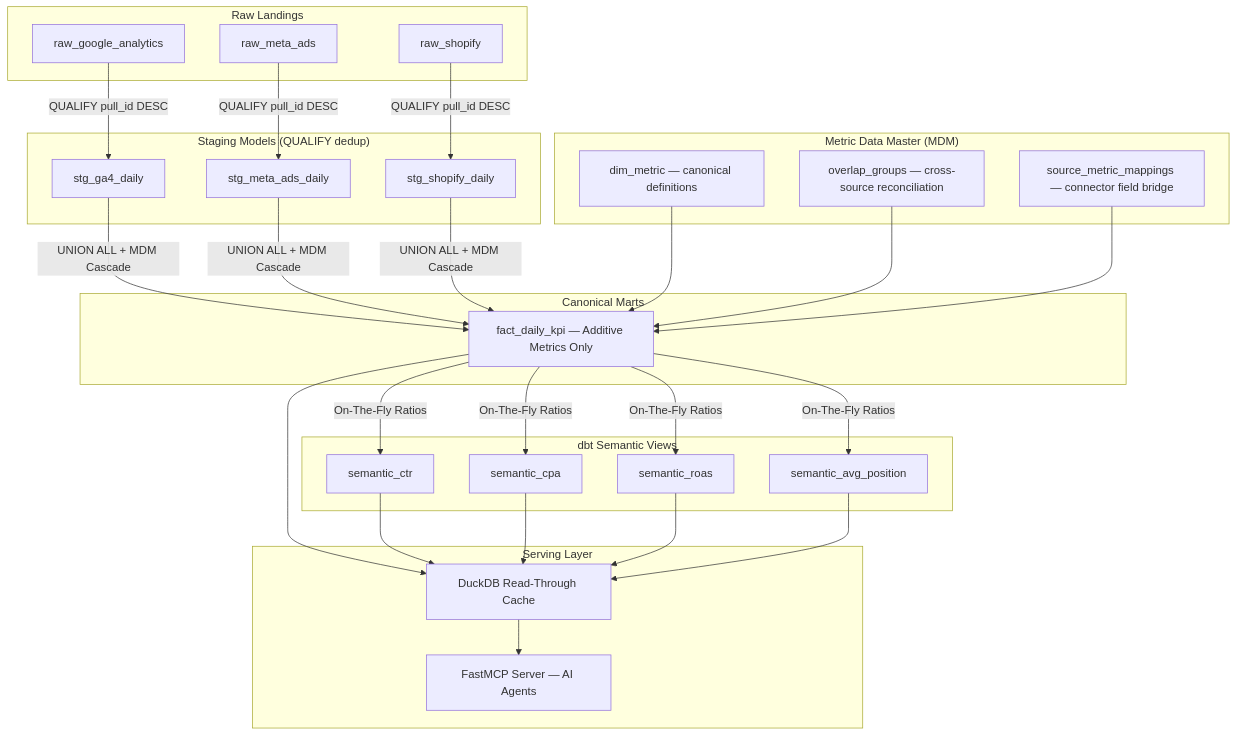
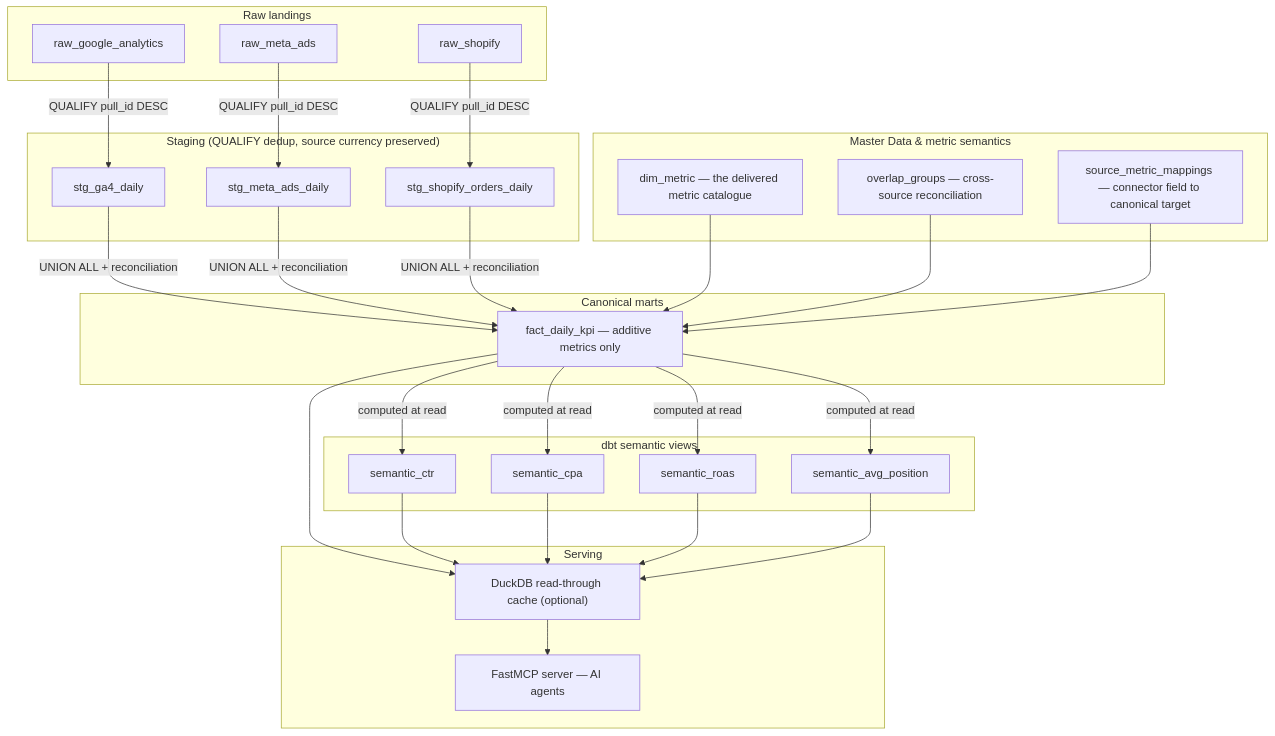
Before and after one commit to Toorow/Toorow: the diagram in docs/semantic-layer.mdx, drawn with Mermaid. The commit also changed other lines of this file and 3605 other files, not shown here.

````diff
--- a/docs/semantic-layer.mdx
+++ b/docs/semantic-layer.mdx
@@ -14,48 +16,48 @@
 ```mermaid
 flowchart TD
-    subgraph raw["Raw Landings"]
+    subgraph raw["Raw landings"]
         A1["raw_google_analytics"]
         A2["raw_meta_ads"]
         A3["raw_shopify"]
     end
 
-    subgraph staging["Staging Models (QUALIFY dedup)"]
+    subgraph staging["Staging (QUALIFY dedup, source currency preserved)"]
         B1["stg_ga4_daily"]
         B2["stg_meta_ads_daily"]
-        B3["stg_shopify_daily"]
+        B3["stg_shopify_orders_daily"]
     end
 
-    subgraph mdm["Metric Data Master (MDM)"]
-        C0["dim_metric — canonical definitions"]
+    subgraph mdm["Master Data & metric semantics"]
+        C0["dim_metric — the delivered metric catalogue"]
         C1["overlap_groups — cross-source reconciliation"]
-        C2["source_metric_mappings — connector field bridge"]
+        C2["source_metric_mappings — connector field to canonical target"]
     end
 
-    subgraph marts["Canonical Marts"]
-        D1["fact_daily_kpi — Additive Metrics Only"]
+    subgraph marts["Canonical marts"]
+        D1["fact_daily_kpi — additive metrics only"]
     end
 
-    subgraph semantic["dbt Semantic Views"]
+    subgraph semantic["dbt semantic views"]
         E1["semantic_ctr"]
         E2["semantic_cpa"]
         E3["semantic_roas"]
         E4["semantic_avg_position"]
     end
 
-    subgraph serve["Serving Layer"]
-        F1["DuckDB Read-Through Cache"]
-        F2["FastMCP Server — AI Agents"]
+    subgraph serve["Serving"]
+        F1["DuckDB read-through cache (optional)"]
+        F2["FastMCP server — AI agents"]
     end
 
     A1 -->|"QUALIFY pull_id DESC"| B1
     A2 -->|"QUALIFY pull_id DESC"| B2
     A3 -->|"QUALIFY pull_id DESC"| B3
 
-    B1 & B2 & B3 -->|"UNION ALL + MDM Cascade"| D1
+    B1 & B2 & B3 -->|"UNION ALL + reconciliation"| D1
     C0 & C1 & C2 --> D1
 
-    D1 -->|"On-The-Fly Ratios"| E1 & E2 & E3 & E4
+    D1 -->|"computed at read"| E1 & E2 & E3 & E4
 
     D1 & E1 & E2 & E3 & E4 --> F1
     F1 --> F2
 ```
````
